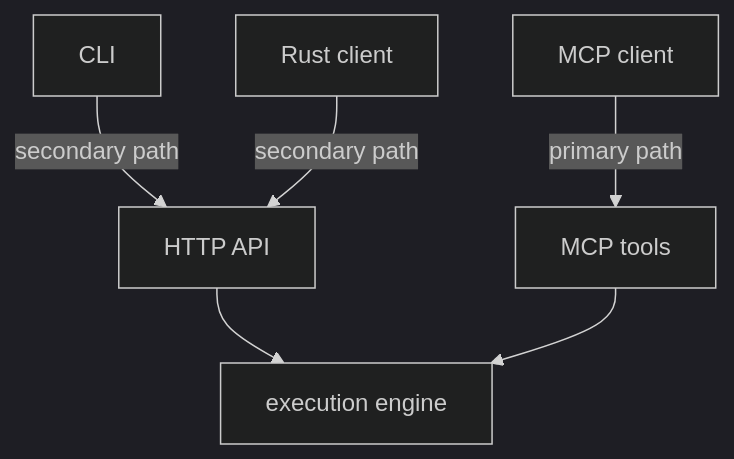
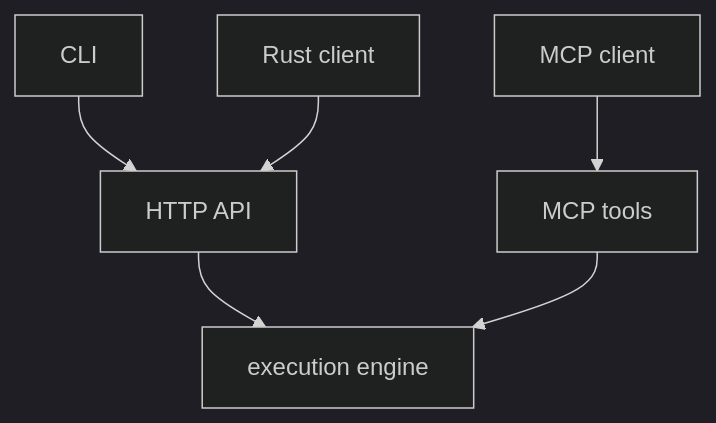
The diagram in site-docs/concepts/integration-surfaces.md (r33drichards/mcp-js), drawn with Mermaid (dark theme) before and after one commit. The commit also changed other lines of this file and 5 other files, not shown here.

Commit message:
docs: generate http api reference from openapi

````diff
--- a/site-docs/concepts/integration-surfaces.md
+++ b/site-docs/concepts/integration-surfaces.md
@@ -15,8 +10,8 @@
 ```mermaid
 flowchart TD
-  A[MCP client] -->|primary path| B[MCP tools]
-  C[CLI] -->|secondary path| D[HTTP API]
-  E[Rust client] -->|secondary path| D
+  A[MCP client] --> B[MCP tools]
+  C[CLI] --> D[HTTP API]
+  E[Rust client] --> D
   D --> F[execution engine]
   B --> F
 ```
````
